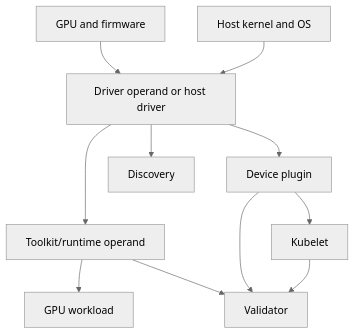
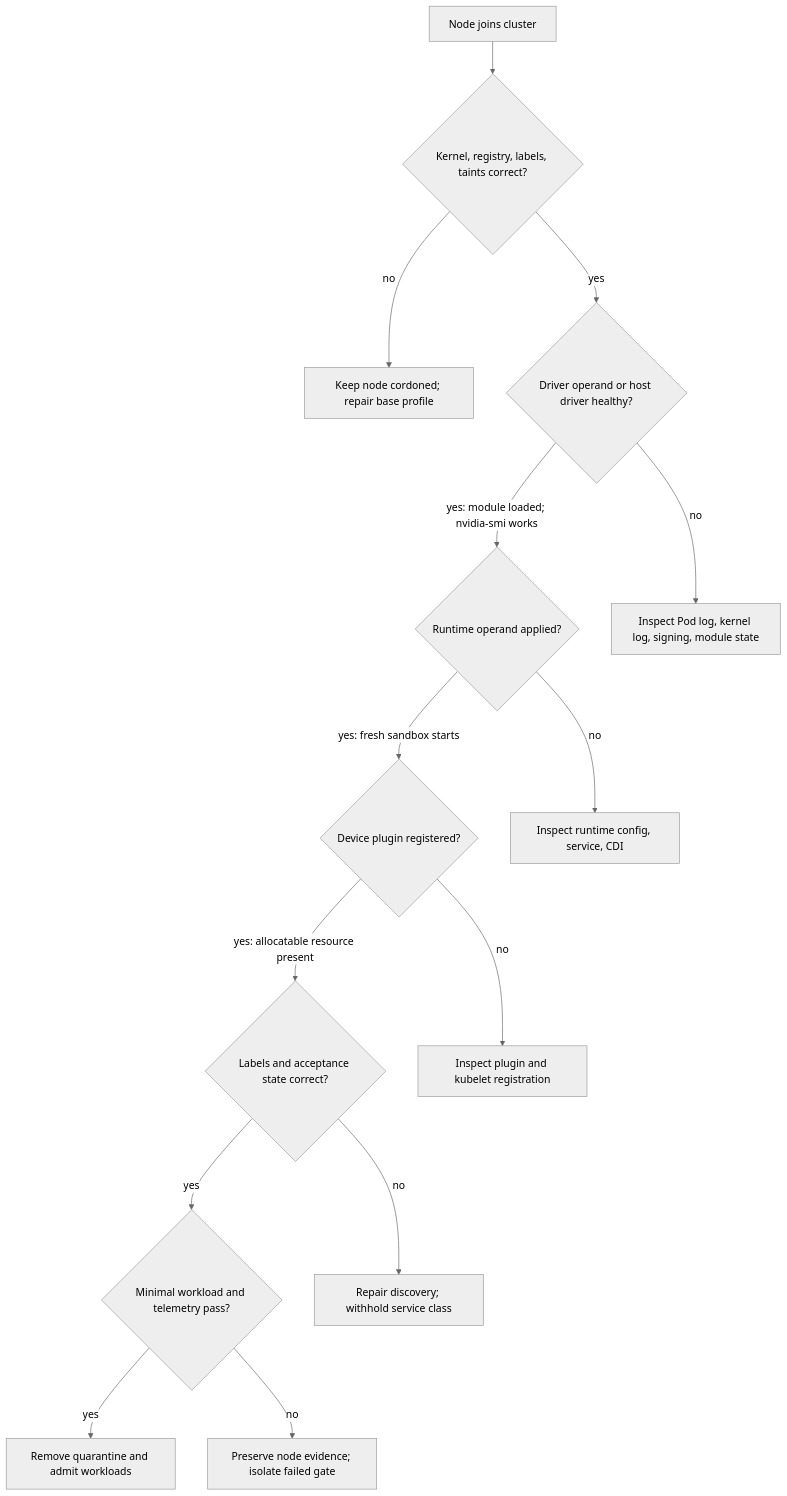
The diagram in docs/nvidia-zero-to-hero/volume-10/chapter-07-driver-containers-and-node-operands.md (jithinpnjm/nvidia-devops), drawn with Mermaid (neutral theme) before and after one commit. The commit also changed other lines of this file, not shown here.

Commit message:
docs(volume-10): deepen node operand and driver container evidence

````diff
--- a/docs/nvidia-zero-to-hero/volume-10/chapter-07-driver-containers-and-node-operands.md
+++ b/docs/nvidia-zero-to-hero/volume-10/chapter-07-driver-containers-and-node-operands.md
@@ -25,20 +25,16 @@
 ```mermaid
 flowchart TD
-    Kernel[Host kernel and OS]
-    GPU[GPU and firmware]
-    Driver[Driver operand or host driver]
-    Runtime[Toolkit/runtime operand]
-    Plugin[Device plugin]
-    Kubelet[Kubelet]
-    Discovery[Discovery]
-    Validation[Validator]
-    Workload[GPU workload]
-    GPU --> Driver
-    Kernel --> Driver
-    Driver --> Runtime --> Workload
-    Driver --> Plugin --> Kubelet
-    Driver --> Discovery
-    Runtime --> Validation
-    Plugin --> Validation
-    Kubelet --> Validation
+    Join[Node joins cluster] --> Infra{Kernel, registry, labels, taints correct?}
+    Infra -->|no| InfraFix[Keep node cordoned; repair base profile]
+    Infra -->|yes| Driver{Driver operand or host driver healthy?}
+    Driver -->|"yes: module loaded; nvidia-smi works"| Toolkit{Runtime operand applied?}
+    Driver -->|no| DriverFix[Inspect Pod log, kernel log, signing, module state]
+    Toolkit -->|"yes: fresh sandbox starts"| Plugin{Device plugin registered?}
+    Toolkit -->|no| RuntimeFix[Inspect runtime config, service, CDI]
+    Plugin -->|"yes: allocatable resource present"| Discovery{Labels and acceptance state correct?}
+    Plugin -->|no| PluginFix[Inspect plugin and kubelet registration]
+    Discovery -->|yes| Validate{Minimal workload and telemetry pass?}
+    Discovery -->|no| DiscoveryFix[Repair discovery; withhold service class]
+    Validate -->|yes| Admit[Remove quarantine and admit workloads]
+    Validate -->|no| ValidateFix[Preserve node evidence; isolate failed gate]
 ```
````
